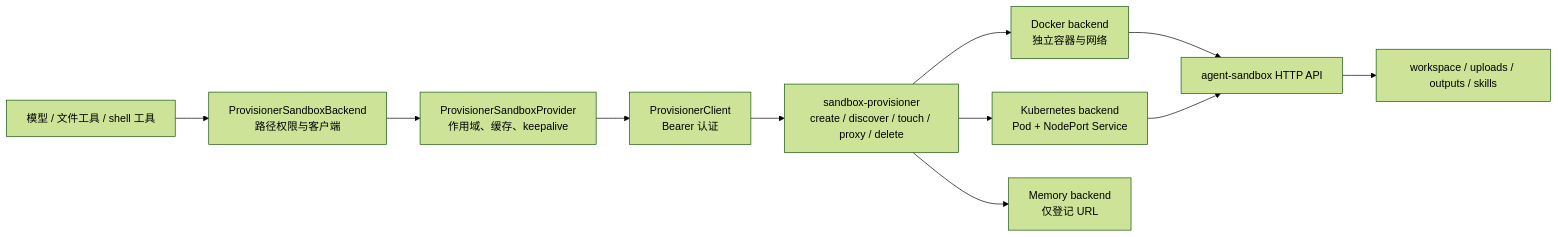
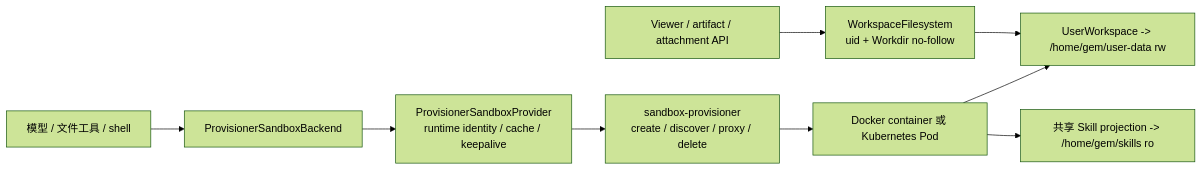
One commit to Yuchuan925/Yuxi changed the diagram in docs/mechanisms/sandbox.md. Above: the diagram before and after it, drawn with Mermaid (forest theme). The commit also changed other lines of this file and 115 other files, not shown here.

Commit message:
refactor: 简化 Workdir 与 Sandbox 存储边界

````diff
--- a/docs/mechanisms/sandbox.md
+++ b/docs/mechanisms/sandbox.md
@@ -17,13 +17,11 @@
 ```mermaid
 flowchart LR
-    Model["模型 / 文件工具 / shell 工具"] --> Backend["ProvisionerSandboxBackend\n路径权限与客户端"]
-    Backend --> Provider["ProvisionerSandboxProvider\n作用域、缓存、keepalive"]
-    Provider --> Client["ProvisionerClient\nBearer 认证"]
-    Client --> Provisioner["sandbox-provisioner\ncreate / discover / touch / proxy / delete"]
-    Provisioner --> Docker["Docker backend\n独立容器与网络"]
-    Provisioner --> K8s["Kubernetes backend\nPod + NodePort Service"]
-    Provisioner --> Memory["Memory backend\n仅登记 URL"]
-    Docker --> SandboxAPI["agent-sandbox HTTP API"]
-    K8s --> SandboxAPI
-    SandboxAPI --> Mounts["workspace / uploads / outputs / skills"]
+    Model["模型 / 文件工具 / shell"] --> Backend["ProvisionerSandboxBackend"]
+    Backend --> Provider["ProvisionerSandboxProvider\nruntime identity / cache / keepalive"]
+    Provider --> Provisioner["sandbox-provisioner\ncreate / discover / proxy / delete"]
+    Provisioner --> Runtime["Docker container 或 Kubernetes Pod"]
+    Runtime --> Workspace["UserWorkspace -> /home/gem/user-data rw"]
+    Runtime --> Skills["共享 Skill projection -> /home/gem/skills ro"]
+    Viewer["Viewer / artifact / attachment API"] --> HostFS["WorkspaceFilesystem\nuid + Workdir no-follow"]
+    HostFS --> Workspace
 ```
````
